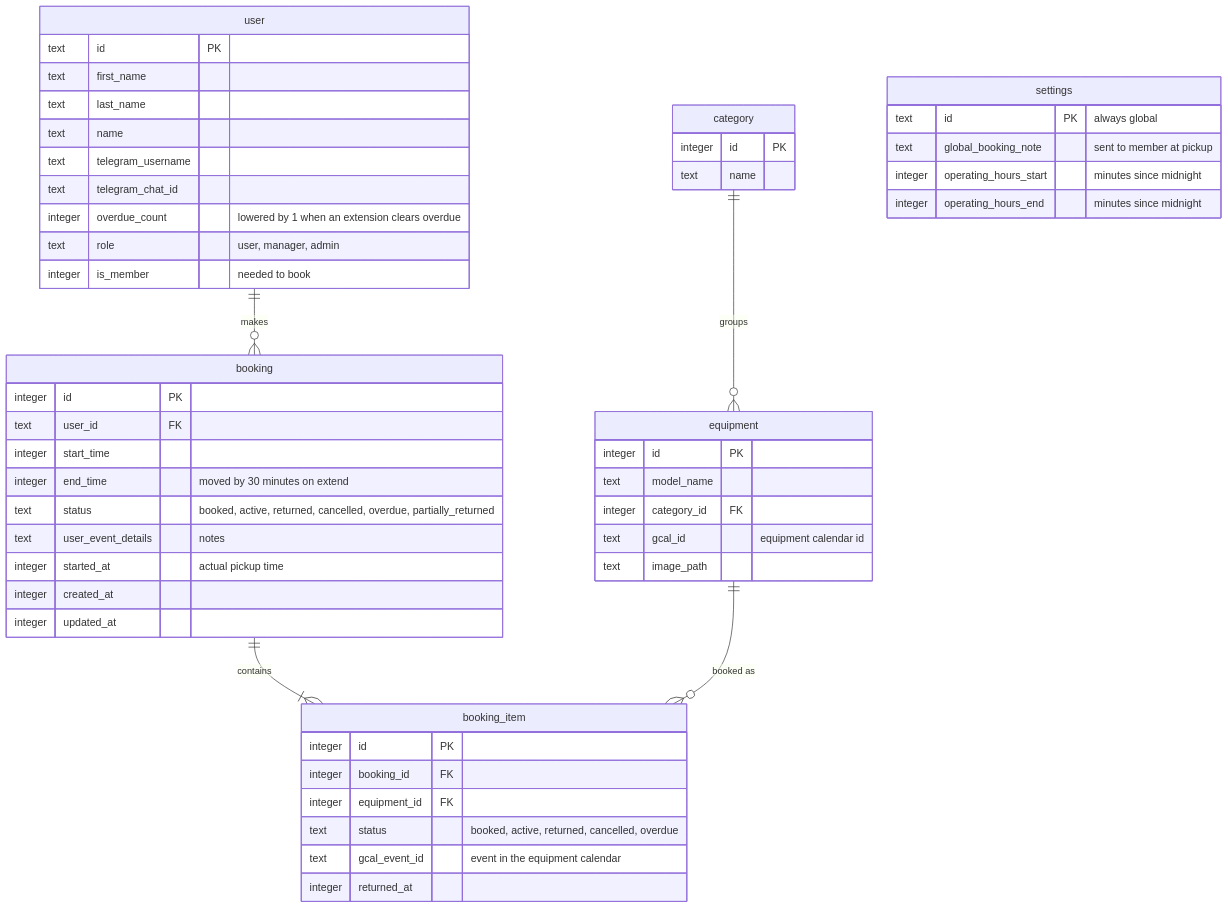
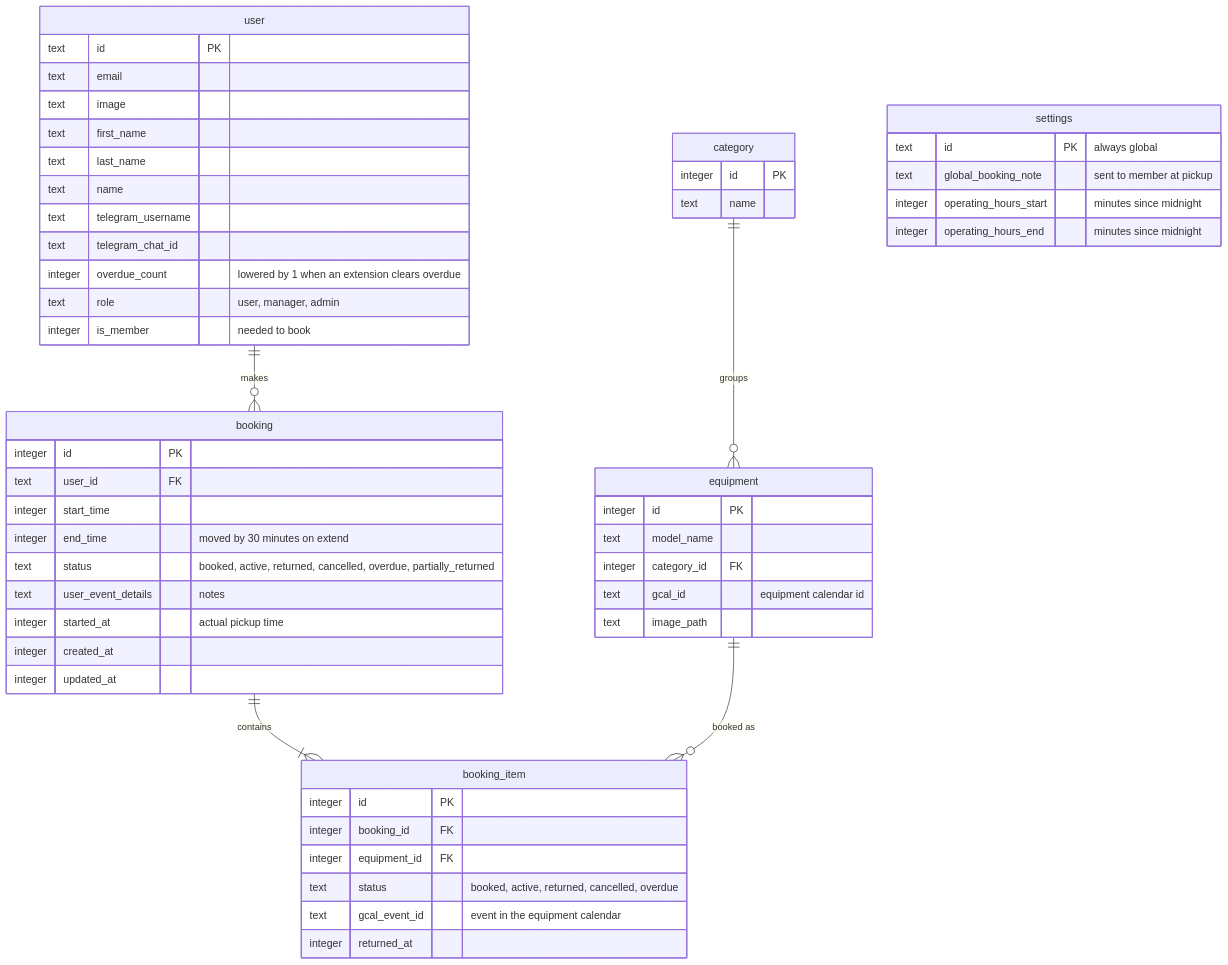
Before and after one commit to sagyzdop/meriksirat: the diagram in docs/scenarios/bookings/erd.md, drawn with Mermaid. The commit also changed other lines of this file and 17 other files, not shown here.

Commit message:
docs(scenarios): verify bookings diagrams against the code

````diff
--- a/docs/scenarios/bookings/erd.md
+++ b/docs/scenarios/bookings/erd.md
@@ -25,54 +28,56 @@
 ```mermaid
 erDiagram
     user ||--o{ booking : makes
     booking ||--|{ booking_item : contains
     equipment ||--o{ booking_item : "booked as"
     category ||--o{ equipment : groups
     user {
         text id PK
+        text email
+        text image
         text first_name
         text last_name
         text name
         text telegram_username
         text telegram_chat_id
         integer overdue_count "lowered by 1 when an extension clears overdue"
         text role "user, manager, admin"
         integer is_member "needed to book"
     }
     booking {
         integer id PK
         text user_id FK
         integer start_time
         integer end_time "moved by 30 minutes on extend"
         text status "booked, active, returned, cancelled, overdue, partially_returned"
         text user_event_details "notes"
         integer started_at "actual pickup time"
         integer created_at
         integer updated_at
     }
     booking_item {
         integer id PK
         integer booking_id FK
         integer equipment_id FK
         text status "booked, active, returned, cancelled, overdue"
         text gcal_event_id "event in the equipment calendar"
         integer returned_at
     }
     equipment {
         integer id PK
         text model_name
         integer category_id FK
         text gcal_id "equipment calendar id"
         text image_path
     }
     category {
         integer id PK
         text name
     }
     settings {
         text id PK "always global"
         text global_booking_note "sent to member at pickup"
         integer operating_hours_start "minutes since midnight"
         integer operating_hours_end "minutes since midnight"
     }
 ```
````
